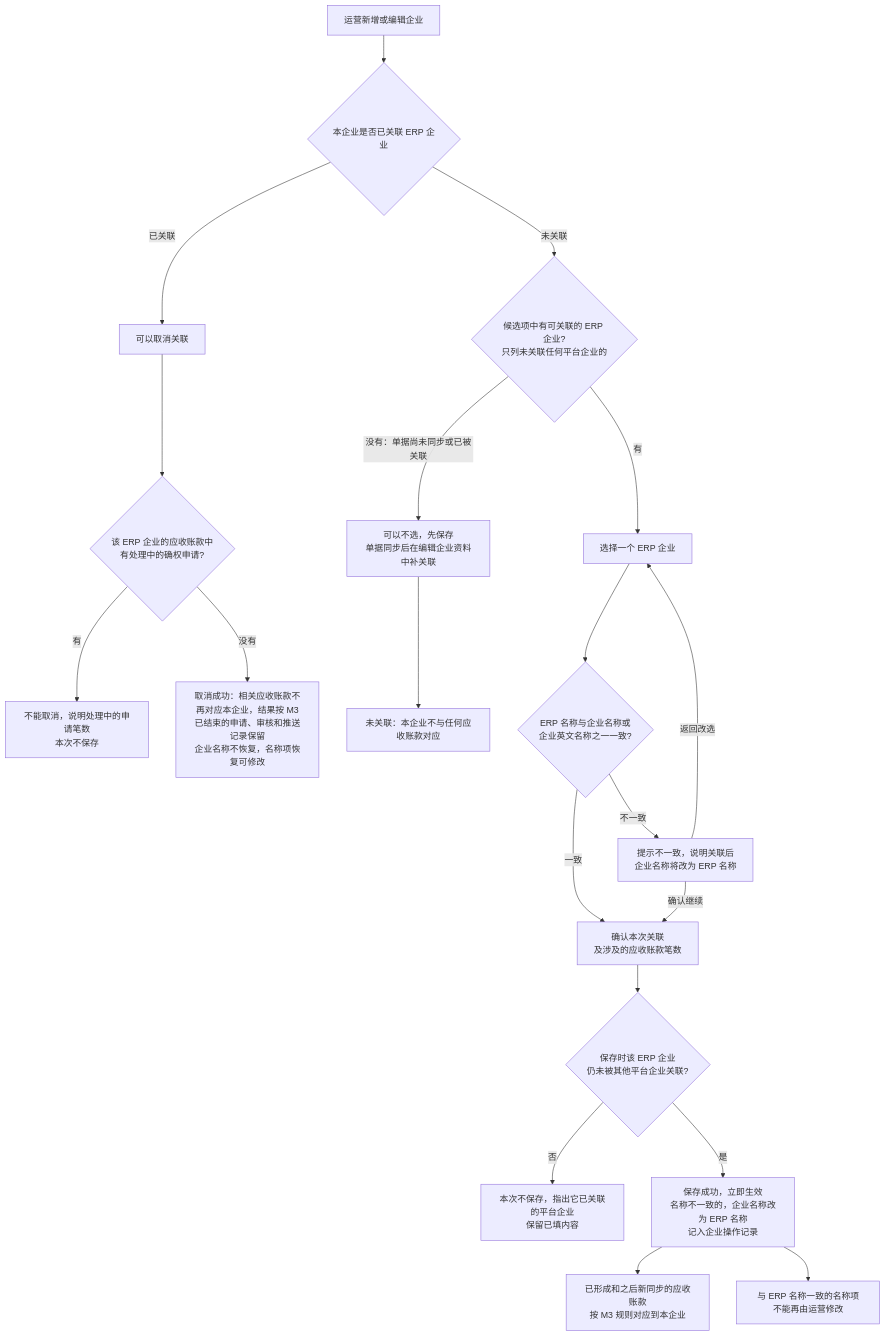
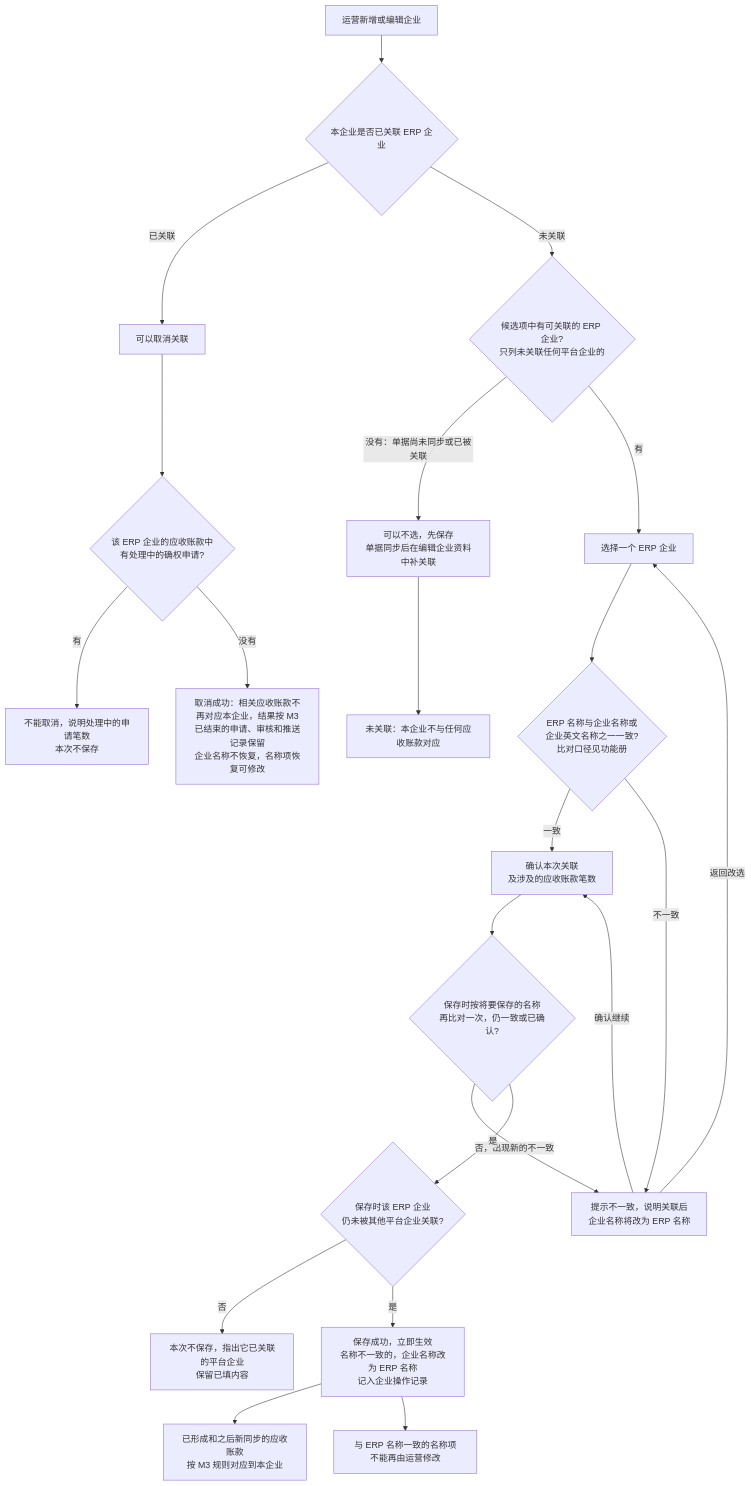
One commit to wxblockchain/Chain-Financing changed the fifth of 7 diagrams in asset-trust-platform/PRD/运营端/M2-运营登录与企业管理/02-运营登录与企业管理-流程图与状态机.md. Above: the diagram before and after it, drawn with Mermaid. The commit also changed 2 other files, not shown here.

Commit message:
prd(WS-672): define ERP name comparison details for eval
- Compare again at save with the names being saved; a new mismatch needs
  confirmation, and the ERP name wins over a manually typed company name
- All whitespace kinds count as spaces; punctuation width differences
  count as a mismatch (same rule RK-34 uses)
- ERP name written as-is without truncation; ERP enterprises without a
  name cannot be selected
- Mismatch prompt also lists other enterprises with the same name
  (reminder only); both name fields lock when both match
- Add AC-EN-29 (47 acceptance items); fig 6 shows the save-time check

````diff
--- a/asset-trust-platform/PRD/运营端/M2-运营登录与企业管理/02-运营登录与企业管理-流程图与状态机.md
+++ b/asset-trust-platform/PRD/运营端/M2-运营登录与企业管理/02-运营登录与企业管理-流程图与状态机.md
@@ -136,22 +136,24 @@
 ```mermaid
 flowchart TD
     A[运营新增或编辑企业] --> A1{本企业是否已关联 ERP 企业}
     A1 -->|已关联| U[可以取消关联]
     A1 -->|未关联| B{候选项中有可关联的 ERP 企业?<br/>只列未关联任何平台企业的}
     B -->|没有：单据尚未同步或已被关联| C[可以不选，先保存<br/>单据同步后在编辑企业资料中补关联]
     C --> D[未关联：本企业不与任何应收账款对应]
     B -->|有| E[选择一个 ERP 企业]
-    E --> N1{ERP 名称与企业名称或<br/>企业英文名称之一一致?}
+    E --> N1{ERP 名称与企业名称或<br/>企业英文名称之一一致?<br/>比对口径见功能册}
     N1 -->|一致| F
     N1 -->|不一致| N2[提示不一致，说明关联后<br/>企业名称将改为 ERP 名称]
     N2 -->|返回改选| E
     N2 -->|确认继续| F[确认本次关联<br/>及涉及的应收账款笔数]
-    F --> I{保存时该 ERP 企业<br/>仍未被其他平台企业关联?}
+    F --> I0{保存时按将要保存的名称<br/>再比对一次，仍一致或已确认?}
+    I0 -->|否，出现新的不一致| N2
+    I0 -->|是| I{保存时该 ERP 企业<br/>仍未被其他平台企业关联?}
     I -->|否| J[本次不保存，指出它已关联的平台企业<br/>保留已填内容]
     I -->|是| K[保存成功，立即生效<br/>名称不一致的，企业名称改为 ERP 名称<br/>记入企业操作记录]
     K --> L[已形成和之后新同步的应收账款<br/>按 M3 规则对应到本企业]
     K --> L2[与 ERP 名称一致的名称项不能再由运营修改]
     U --> G{该 ERP 企业的应收账款中<br/>有处理中的确权申请?}
     G -->|有| H[不能取消，说明处理中的申请笔数<br/>本次不保存]
     G -->|没有| M[取消成功：相关应收账款不再对应本企业，结果按 M3<br/>已结束的申请、审核和推送记录保留<br/>企业名称不恢复，名称项恢复可修改]
 ```
````
